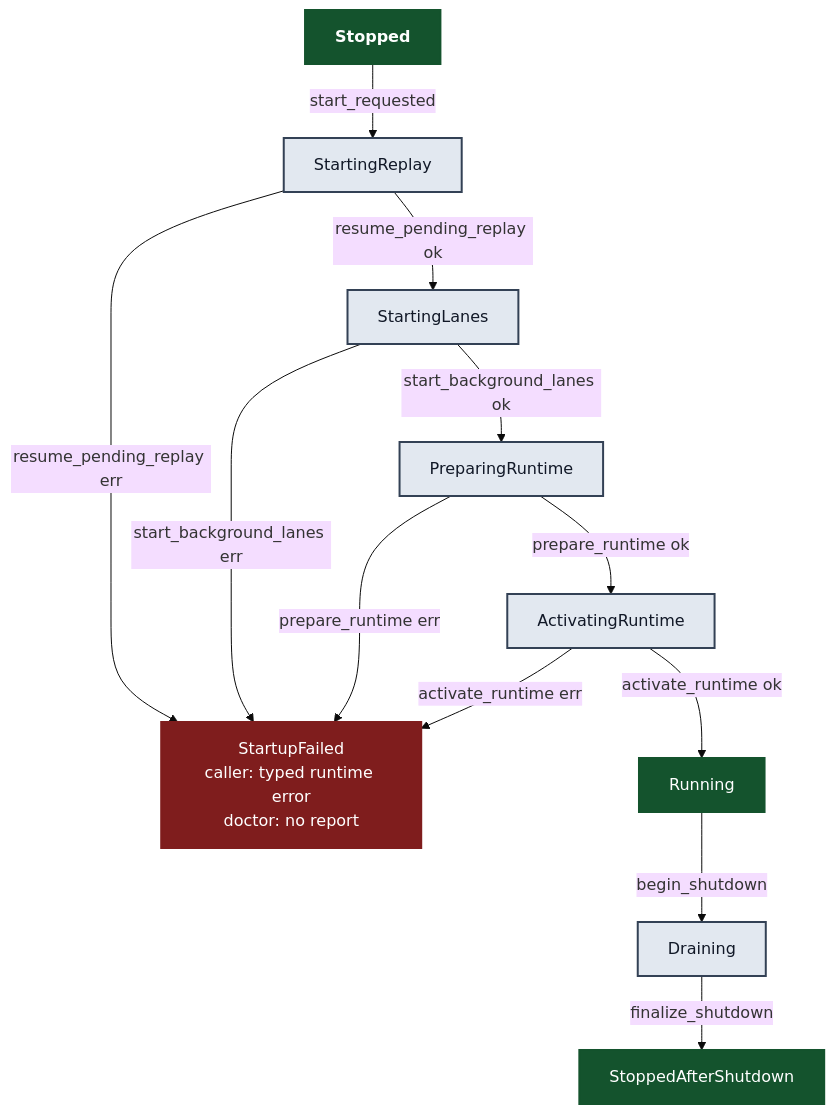
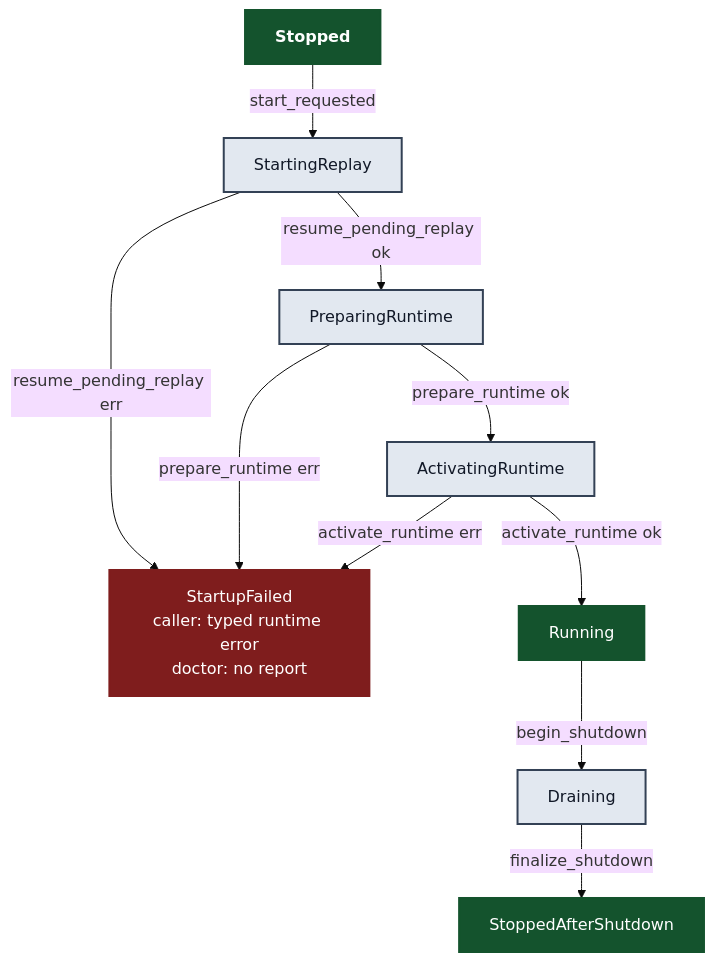
The diagram in docs/atm-daemon/runtime-lifecycle-state-machine.mmd (randlee/atm-core), drawn with Mermaid (base theme) before and after one commit. The commit also changed 6 other files, not shown here.

```diff
--- a/docs/atm-daemon/runtime-lifecycle-state-machine.mmd
+++ b/docs/atm-daemon/runtime-lifecycle-state-machine.mmd
@@ -1,29 +1,27 @@
 %% title: `Daemon Runtime Lifecycle State Machine`
 %% summary: Legal daemon runtime ownership transitions after bootstrap reaches a live daemon.
 %% commentary: This machine models `RuntimeComposition::start()`, `RuntimeLifecycle`, and the fail-closed startup path in daemon composition. Every edge is a real event or guard in code, and every failure terminal is observable through a typed caller error from the active command.
 %% notes: explicit RuntimeLifecycle states only | startup failure rolls back to stopped | no direct Running to Stopped success path
 %% recovery_rules: If startup fails before Running, the active caller gets a typed runtime/startup error and doctor does not return a report. | If the daemon reaches Running, later command-specific or doctor-specific state machines own the next visible outcome.
 %% terminal_classes: StartupFailed is a caller-facing startup dependency error with rollback to Stopped. | Running is the success state that permits request serving. | StoppedAfterShutdown is the normal shutdown terminal.
 %% sets: daemon
 flowchart TD
     A["<b>Stopped</b>"] -->|start_requested| B["StartingReplay"]
-    B -->|resume_pending_replay ok| C["StartingLanes"]
+    B -->|resume_pending_replay ok| D["PreparingRuntime"]
     B -->|resume_pending_replay err| X["StartupFailed
 caller: typed runtime error
 doctor: no report"]
-    C -->|start_background_lanes ok| D["PreparingRuntime"]
-    C -->|start_background_lanes err| X
     D -->|prepare_runtime ok| E["ActivatingRuntime"]
     D -->|prepare_runtime err| X
     E -->|activate_runtime ok| F["Running"]
     E -->|activate_runtime err| X
     F -->|begin_shutdown| G["Draining"]
     G -->|finalize_shutdown| H["StoppedAfterShutdown"]
 
     classDef happy fill:#14532d,color:#ffffff,stroke:#14532d,stroke-width:2px;
     classDef error fill:#7f1d1d,color:#ffffff,stroke:#7f1d1d,stroke-width:2px;
     classDef neutral fill:#e2e8f0,color:#111827,stroke:#334155,stroke-width:2px;
 
     class A,F,H happy;
     class X error;
-    class B,C,D,E,G neutral;
+    class B,D,E,G neutral;
```
